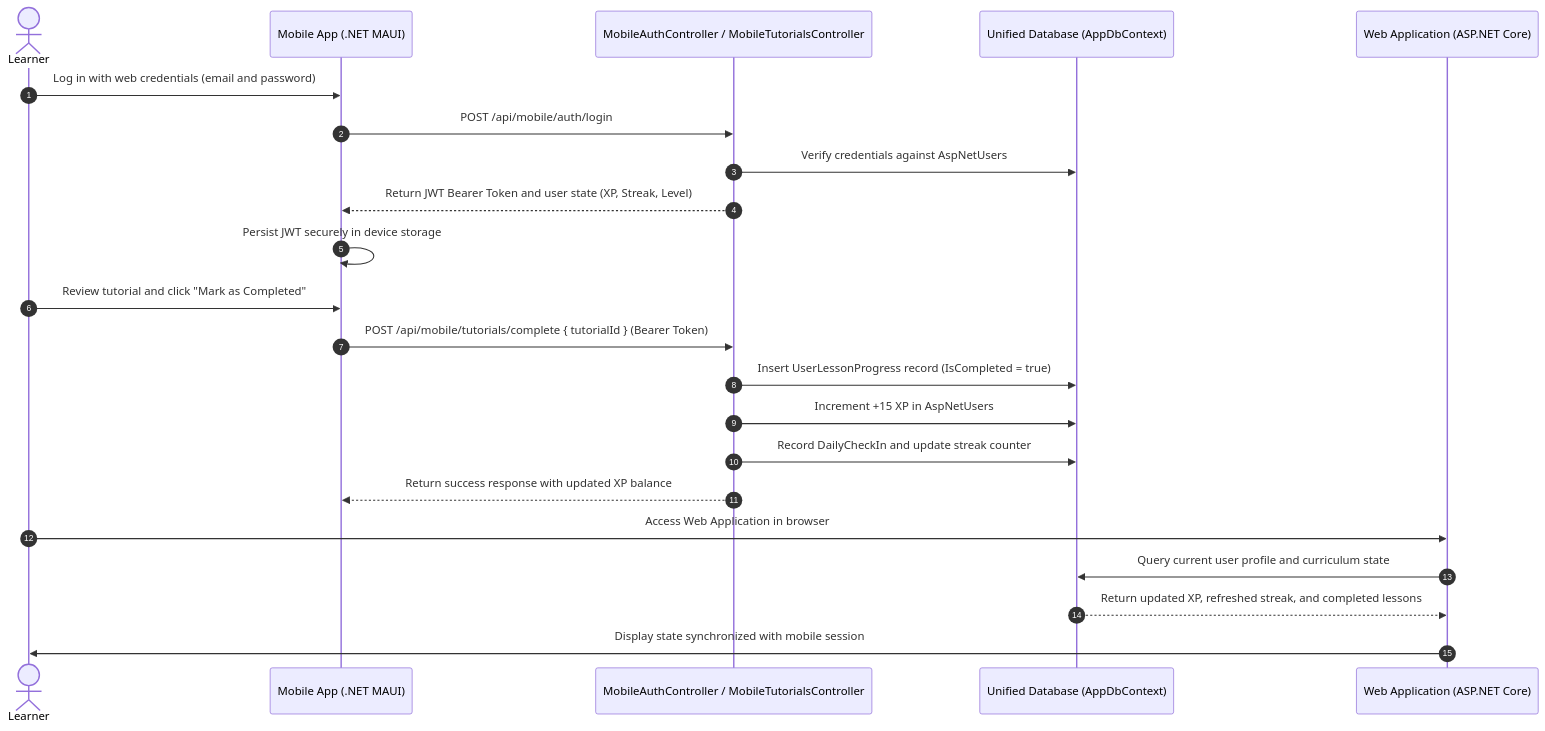
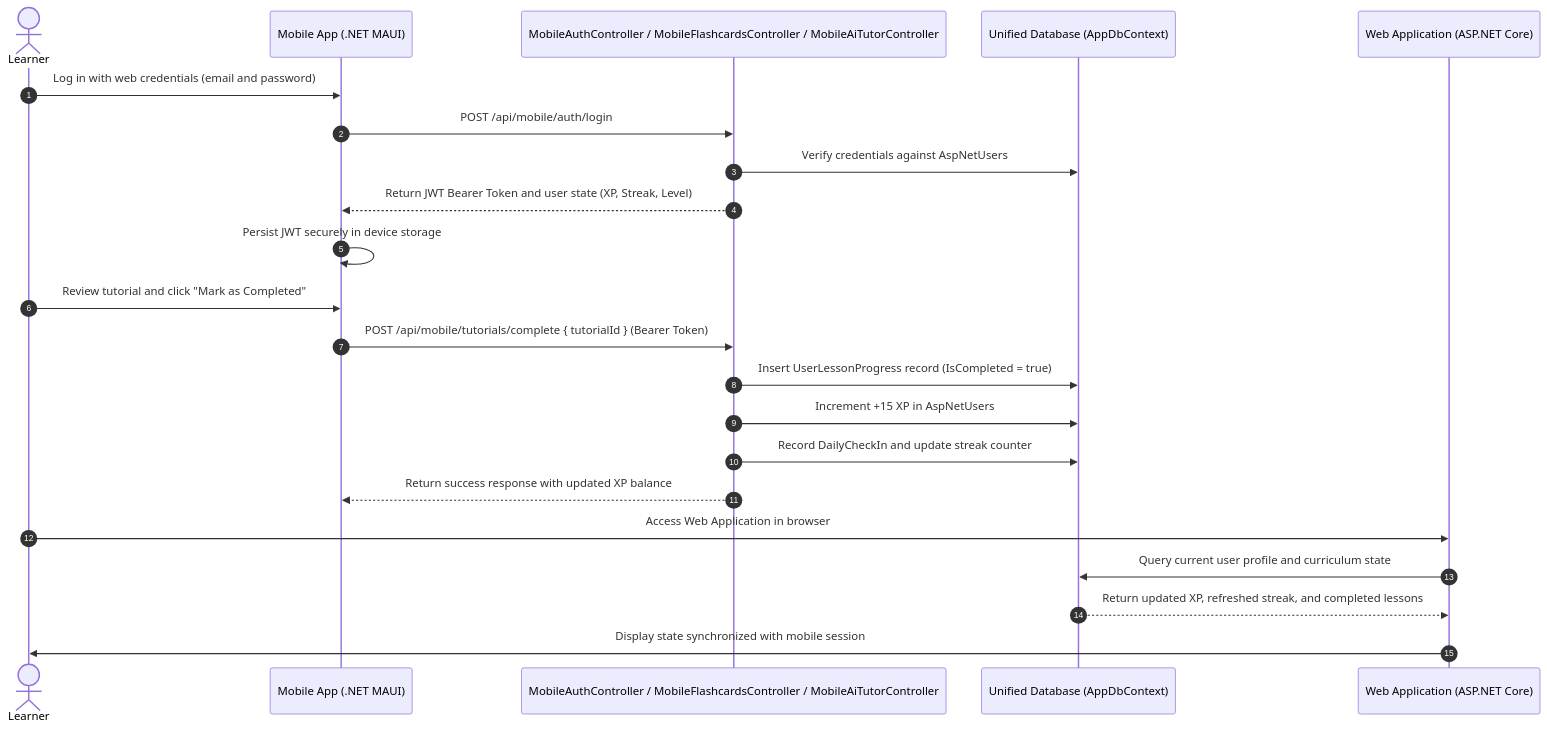
Before and after one commit to KaitoDeus/NET-Tutos: the fourth of 4 diagrams in docs/02_system_architecture_overview.md, drawn with Mermaid. The commit also changed other lines of this file and 45 other files, not shown here.

Commit message:
feat(mobile): implement .NET MAUI 10 AI streaming, offline flashcards and voice training (Phase 27)

````diff
--- a/docs/02_system_architecture_overview.md
+++ b/docs/02_system_architecture_overview.md
@@ -170,27 +170,27 @@
 ```mermaid
 sequenceDiagram
     autonumber
     actor Learner as Learner
     participant Mobile as Mobile App (.NET MAUI)
-    participant MobileApi as MobileAuthController / MobileTutorialsController
+    participant MobileApi as MobileAuthController / MobileFlashcardsController / MobileAiTutorController
     participant DB as Unified Database (AppDbContext)
     participant Web as Web Application (ASP.NET Core)
 
     Learner->>Mobile: Log in with web credentials (email and password)
     Mobile->>MobileApi: POST /api/mobile/auth/login
     MobileApi->>DB: Verify credentials against AspNetUsers
     MobileApi-->>Mobile: Return JWT Bearer Token and user state (XP, Streak, Level)
     Mobile->>Mobile: Persist JWT securely in device storage
     
     Learner->>Mobile: Review tutorial and click "Mark as Completed"
     Mobile->>MobileApi: POST /api/mobile/tutorials/complete { tutorialId } (Bearer Token)
     MobileApi->>DB: Insert UserLessonProgress record (IsCompleted = true)
     MobileApi->>DB: Increment +15 XP in AspNetUsers
     MobileApi->>DB: Record DailyCheckIn and update streak counter
     MobileApi-->>Mobile: Return success response with updated XP balance
     
     Learner->>Web: Access Web Application in browser
     Web->>DB: Query current user profile and curriculum state
     DB-->>Web: Return updated XP, refreshed streak, and completed lessons
     Web->>Learner: Display state synchronized with mobile session
 ```
````
